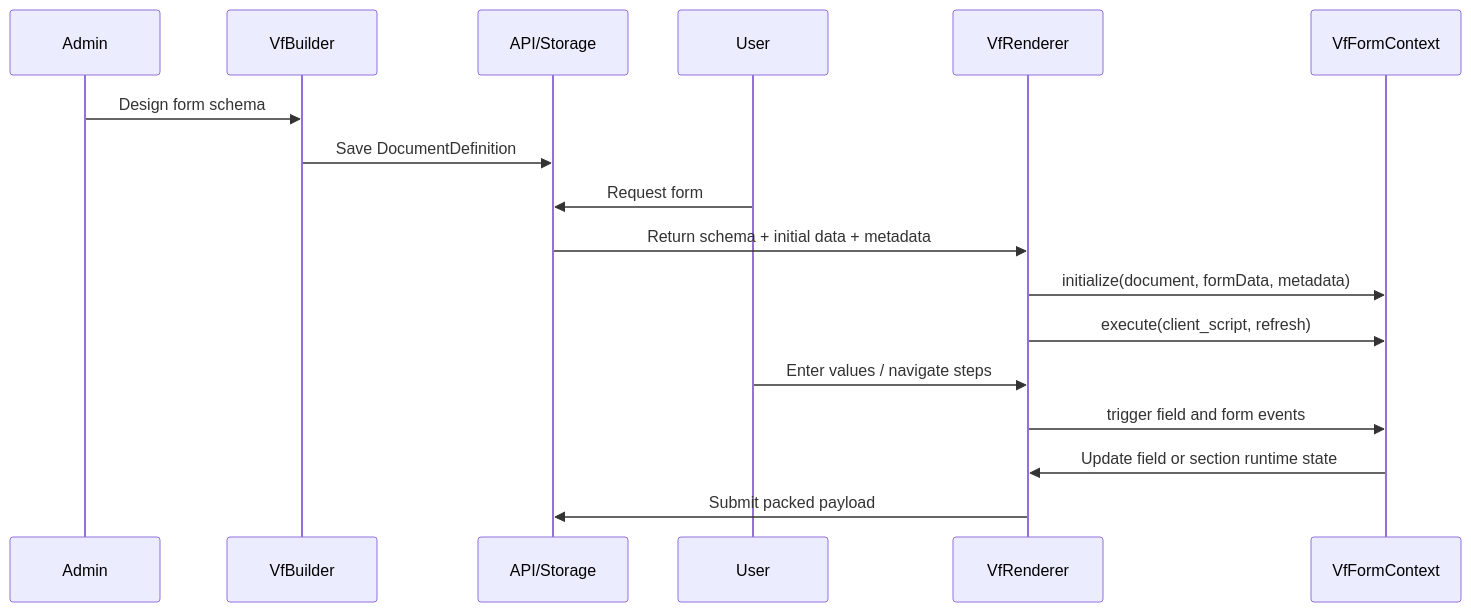
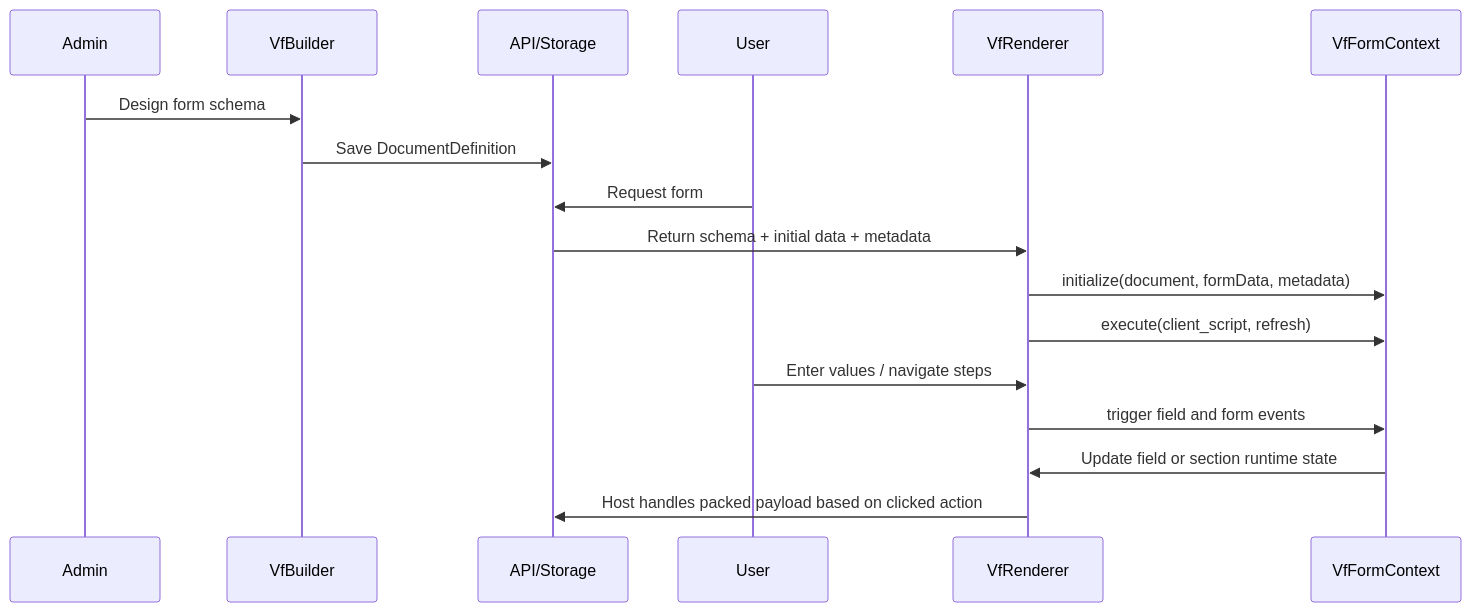
One commit to DonnC/vant-flow changed the second of 2 diagrams in data/docs/architecture-overview.md. Above: the diagram before and after it, drawn with Mermaid. The commit also changed other lines of this file and 28 other files, not shown here.

````diff
--- a/data/docs/architecture-overview.md
+++ b/data/docs/architecture-overview.md
@@ -83,20 +85,20 @@
 ```mermaid
 sequenceDiagram
     participant Admin
     participant Builder as VfBuilder
     participant Store as API/Storage
     participant User
     participant Renderer as VfRenderer
     participant Frm as VfFormContext
 
     Admin->>Builder: Design form schema
     Builder->>Store: Save DocumentDefinition
     User->>Store: Request form
     Store->>Renderer: Return schema + initial data + metadata
     Renderer->>Frm: initialize(document, formData, metadata)
     Renderer->>Frm: execute(client_script, refresh)
     User->>Renderer: Enter values / navigate steps
     Renderer->>Frm: trigger field and form events
     Frm->>Renderer: Update field or section runtime state
-    Renderer->>Store: Submit packed payload
+    Renderer->>Store: Host handles packed payload based on clicked action
 ```
````
